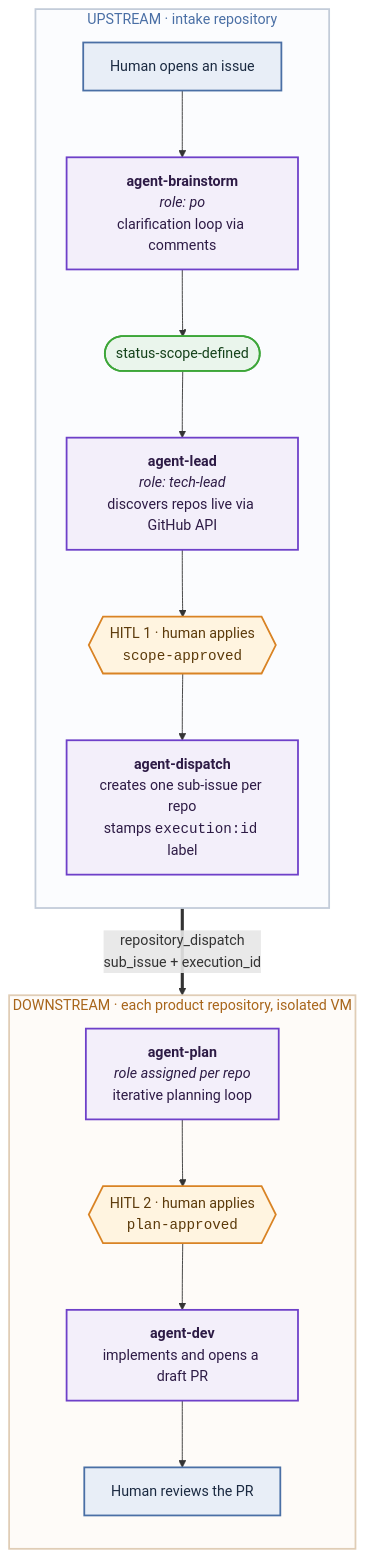
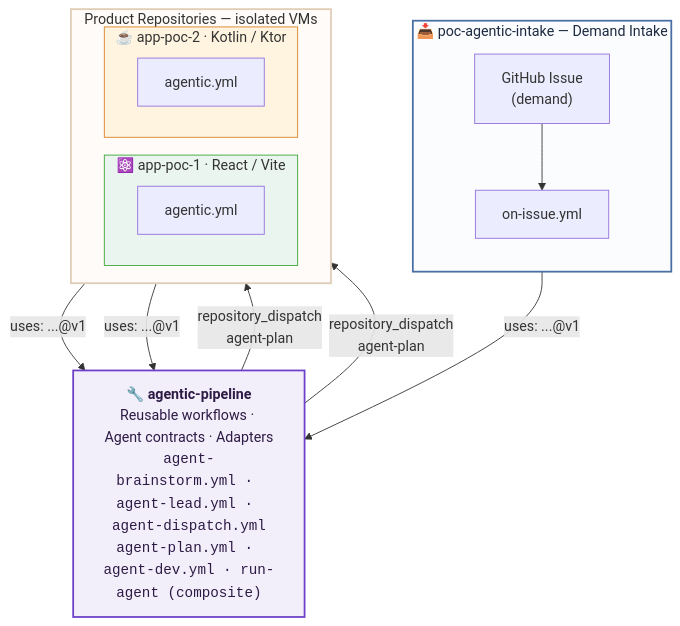
The first of 5 diagrams in README.md (renanlalier/agentic-pipeline), drawn with Mermaid before and after one commit. The commit also changed other lines of this file, not shown here.

First line of the commit message:
docs: rewrite README with detailed architecture, phase breakdown, and execution modes

````diff
--- a/README.md
+++ b/README.md
@@ -39,31 +56,33 @@
 ```mermaid
 flowchart TB
-    subgraph UP["UPSTREAM · intake repository"]
+    LIB["🔧 <b>agentic-pipeline</b><br/>Reusable workflows · Agent contracts · Adapters<br/><code>agent-brainstorm.yml · agent-lead.yml · agent-dispatch.yml</code><br/><code>agent-plan.yml · agent-dev.yml · run-agent (composite)</code>"]
+
+    subgraph INTAKE["📥 poc-agentic-intake — Demand Intake"]
         direction TB
-        A["Human opens an issue"]:::human
-        B["<b>agent-brainstorm</b><br/><i>role: po</i><br/>clarification loop via comments"]:::agent
-        C(["status-scope-defined"]):::state
-        D["<b>agent-lead</b><br/><i>role: tech-lead</i><br/>discovers repos live via GitHub API"]:::agent
-        E{{"HITL 1 · human applies<br/><code>scope-approved</code>"}}:::gate
-        F["<b>agent-dispatch</b><br/>creates one sub-issue per repo<br/>stamps <code>execution:id</code> label"]:::agent
+        ISS["GitHub Issue\n(demand)"]
+        ON["on-issue.yml"]
     end
 
-    subgraph DOWN["DOWNSTREAM · each product repository, isolated VM"]
-        direction TB
-        G["<b>agent-plan</b><br/><i>role assigned per repo</i><br/>iterative planning loop"]:::agent
-        H{{"HITL 2 · human applies<br/><code>plan-approved</code>"}}:::gate
-        I["<b>agent-dev</b><br/>implements and opens a draft PR"]:::agent
-        J["Human reviews the PR"]:::human
+    subgraph PRODUCTS["Product Repositories — isolated VMs"]
+        direction LR
+        subgraph P1["⚛️ app-poc-1 · React / Vite"]
+            AG1["agentic.yml"]
+        end
+        subgraph P2["☕ app-poc-2 · Kotlin / Ktor"]
+            AG2["agentic.yml"]
+        end
     end
 
-    A --> B --> C --> D --> E --> F
-    F ==>|"repository_dispatch<br/>sub_issue + execution_id"| G
-    G --> H --> I --> J
+    ISS --> ON
+    ON -->|"uses: ...@v1"| LIB
+    LIB -->|"repository_dispatch\nagent-plan"| AG1
+    LIB -->|"repository_dispatch\nagent-plan"| AG2
+    AG1 -->|"uses: ...@v1"| LIB
+    AG2 -->|"uses: ...@v1"| LIB
 
-    classDef human fill:#e8eef7,stroke:#4a6fa5,stroke-width:2px,color:#1b2a41
-    classDef agent fill:#f3effa,stroke:#6e40c9,stroke-width:2px,color:#2d1b45
-    classDef gate fill:#fff4e0,stroke:#d98324,stroke-width:2px,color:#5c3a0a
-    classDef state fill:#eaf5ec,stroke:#3da639,stroke-width:2px,color:#14411a
-    style UP fill:#fbfcfe,stroke:#c3ccd9,stroke-width:2px,color:#4a6fa5
-    style DOWN fill:#fefbf8,stroke:#e0cdb6,stroke-width:2px,color:#a8651a
+    style LIB fill:#f3effa,stroke:#6e40c9,stroke-width:2px,color:#2d1b45
+    style INTAKE fill:#fbfcfe,stroke:#4a6fa5,stroke-width:2px,color:#1b2a41
+    style PRODUCTS fill:#fefbf8,stroke:#e0cdb6,stroke-width:2px
+    style P1 fill:#eaf5f0,stroke:#3da639,stroke-width:1px
+    style P2 fill:#fff4e0,stroke:#d98324,stroke-width:1px
 ```
````
